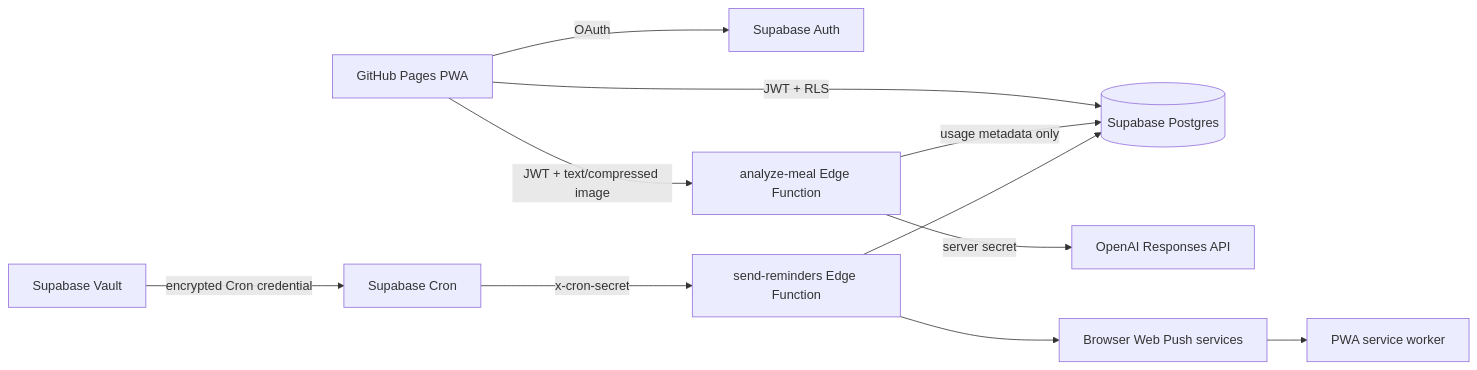
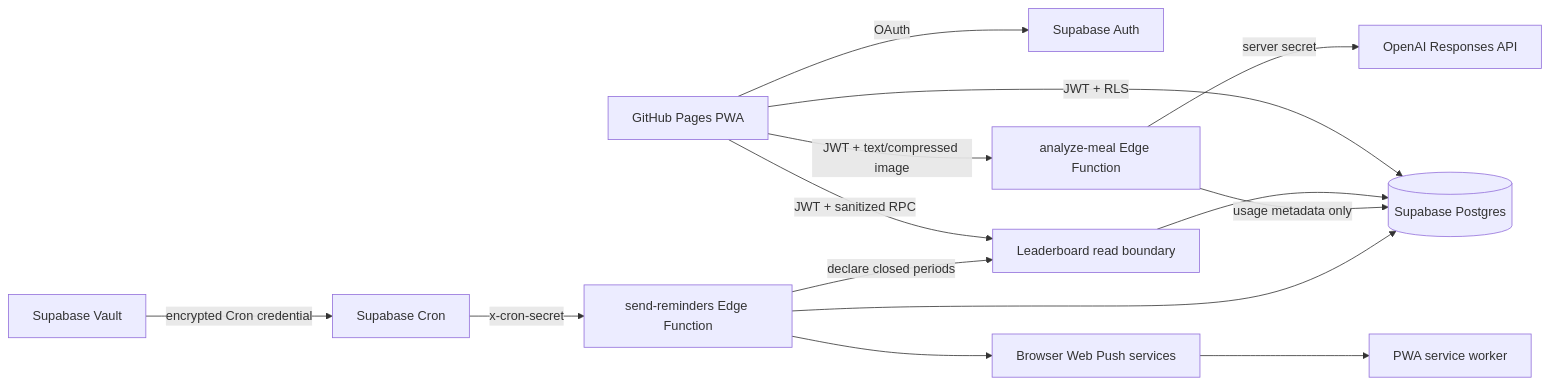
Before and after one commit to zzunic2123/nutrilens: the diagram in docs/ARCHITECTURE.md, drawn with Mermaid. The commit also changed other lines of this file and 22 other files, not shown here.

````diff
--- a/docs/ARCHITECTURE.md
+++ b/docs/ARCHITECTURE.md
@@ -5,13 +5,16 @@
 ```mermaid
 flowchart LR
   PWA[GitHub Pages PWA] -->|OAuth| Auth[Supabase Auth]
   PWA -->|JWT + RLS| DB[(Supabase Postgres)]
+  PWA -->|JWT + sanitized RPC| League[Leaderboard read boundary]
+  League --> DB
   PWA -->|JWT + text/compressed image| Analyze[analyze-meal Edge Function]
   Analyze -->|server secret| OpenAI[OpenAI Responses API]
   Analyze -->|usage metadata only| DB
   Vault[Supabase Vault] -->|encrypted Cron credential| Cron[Supabase Cron]
   Cron -->|x-cron-secret| Remind[send-reminders Edge Function]
   Remind --> DB
+  Remind -->|declare closed periods| League
   Remind --> Push[Browser Web Push services]
   Push --> SW[PWA service worker]
 ```
````
